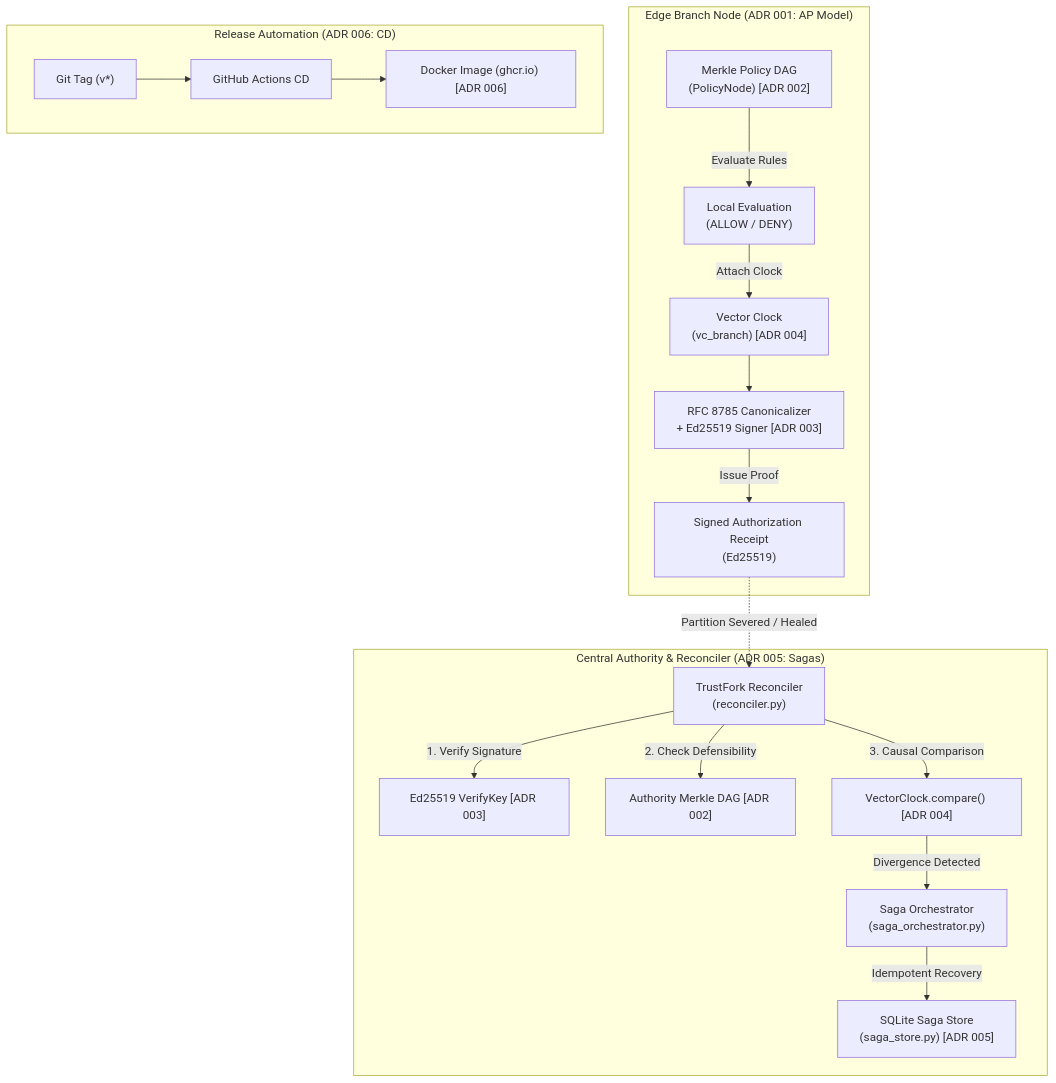
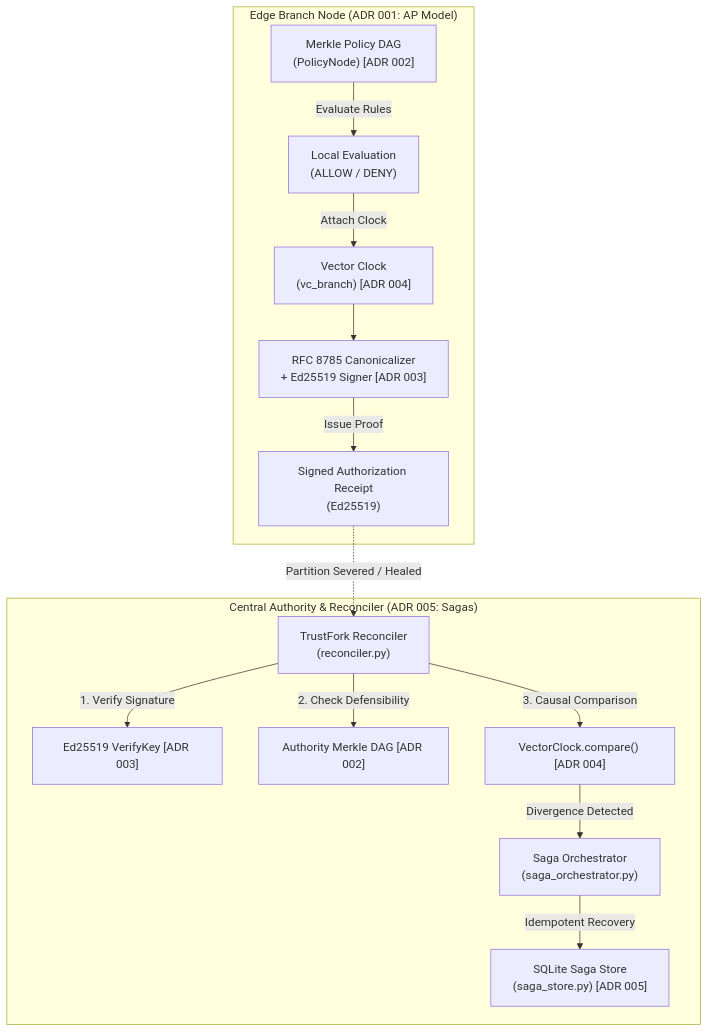
The diagram in architecturalDecision.md (ayush2singh/Trustfork), drawn with Mermaid before and after one commit. The commit also changed other lines of this file and 1 other file, not shown here.

Commit message:
Remove 6th ADR (CD release tagging) from diagram and records

````diff
--- a/architecturalDecision.md
+++ b/architecturalDecision.md
@@ -11,24 +11,19 @@
 ```mermaid
 graph TD
     subgraph Edge["Edge Branch Node (ADR 001: AP Model)"]
         DAG_Edge["Merkle Policy DAG<br/>(PolicyNode) [ADR 002]"] -->|Evaluate Rules| Eval["Local Evaluation<br/>(ALLOW / DENY)"]
         Eval -->|Attach Clock| VC_Edge["Vector Clock<br/>(vc_branch) [ADR 004]"]
         VC_Edge --> Signer["RFC 8785 Canonicalizer<br/>+ Ed25519 Signer [ADR 003]"]
         Signer -->|Issue Proof| Receipt["Signed Authorization Receipt<br/>(Ed25519)"]
     end
 
     Receipt -.->|Partition Severed / Healed| Recon["TrustFork Reconciler<br/>(reconciler.py)"]
 
     subgraph Central["Central Authority & Reconciler (ADR 005: Sagas)"]
         Recon -->|1. Verify Signature| Verify["Ed25519 VerifyKey [ADR 003]"]
         Recon -->|2. Check Defensibility| DAG_Auth["Authority Merkle DAG [ADR 002]"]
         Recon -->|3. Causal Comparison| Causal["VectorClock.compare() [ADR 004]"]
         Causal -->|Divergence Detected| SagaOrch["Saga Orchestrator<br/>(saga_orchestrator.py)"]
         SagaOrch -->|Idempotent Recovery| SQLite["SQLite Saga Store<br/>(saga_store.py) [ADR 005]"]
     end
-
-    subgraph Delivery["Release Automation (ADR 006: CD)"]
-        Tag["Git Tag (v*)"] --> GHA["GitHub Actions CD"]
-        GHA --> GHCR["Docker Image (ghcr.io) [ADR 006]"]
-    end
 ```
````
